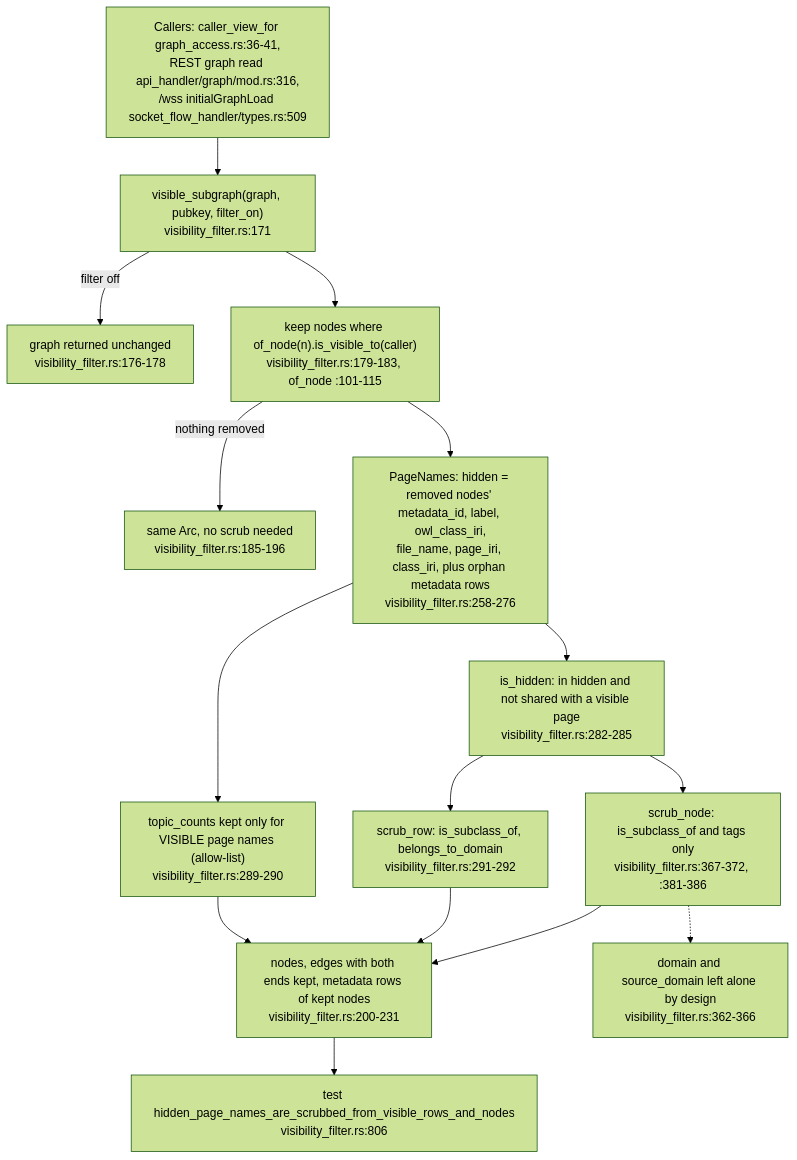
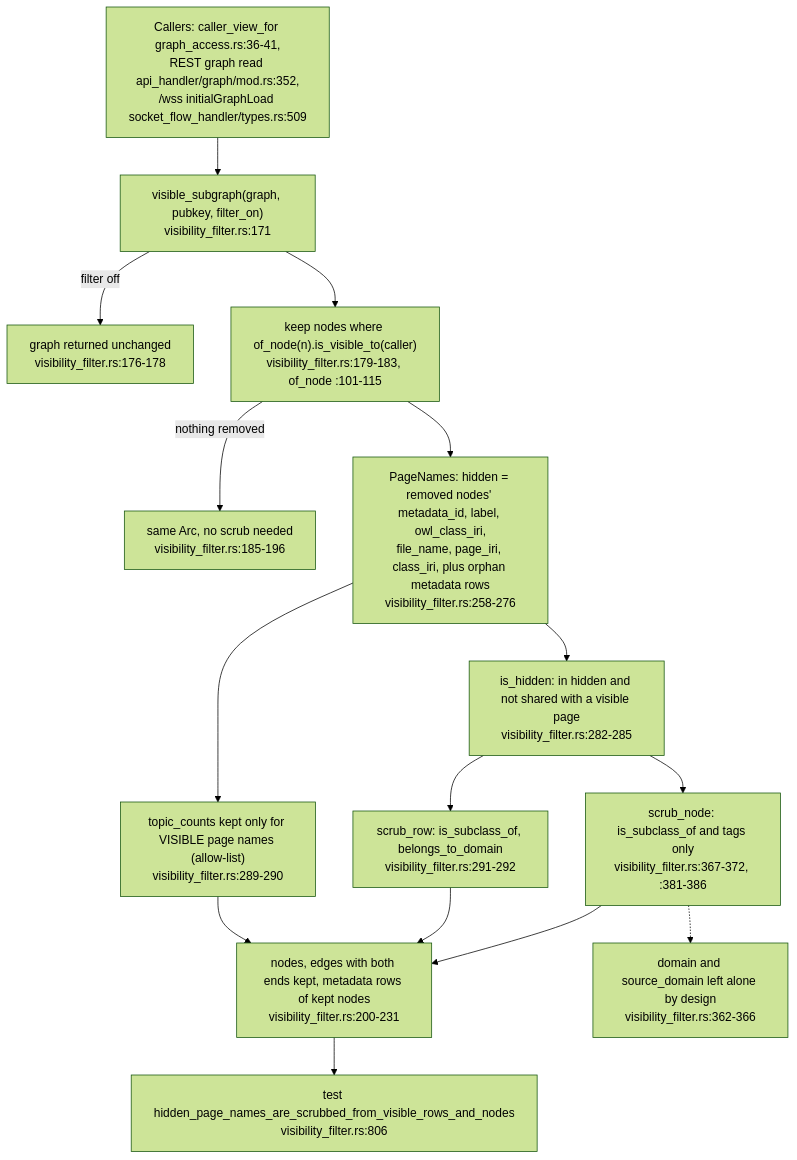
Before and after one commit to DreamLab-AI/VisionFlow: diagram 12 of 14 in docs/diagrams/visionclaw/22-data-authority-provenance-erasure.md, drawn with Mermaid (forest theme). The commit also changed other lines of this file and 81 other files, not shown here.

First line of the commit message:
docs(diagrams): roll VisionClaw topics to main 010e1109b (PR 37 and 38 merged); fix remaining prose citations

````diff
--- a/docs/diagrams/visionclaw/22-data-authority-provenance-erasure.md
+++ b/docs/diagrams/visionclaw/22-data-authority-provenance-erasure.md
@@ -499,17 +499,17 @@
 ```mermaid
 flowchart TB
-    CALL["Callers: caller_view_for graph_access.rs:36-41,<br/>REST graph read api_handler/graph/mod.rs:316,<br/>/wss initialGraphLoad socket_flow_handler/types.rs:509"] --> VS["visible_subgraph(graph, pubkey, filter_on)<br/>visibility_filter.rs:171"]
+    CALL["Callers: caller_view_for graph_access.rs:36-41,<br/>REST graph read api_handler/graph/mod.rs:352,<br/>/wss initialGraphLoad socket_flow_handler/types.rs:509"] --> VS["visible_subgraph(graph, pubkey, filter_on)<br/>visibility_filter.rs:171"]
     VS -->|filter off| SAME["graph returned unchanged<br/>visibility_filter.rs:176-178"]
     VS --> KEPT["keep nodes where of_node(n).is_visible_to(caller)<br/>visibility_filter.rs:179-183, of_node :101-115"]
     KEPT -->|"nothing removed"| SAME2["same Arc, no scrub needed<br/>visibility_filter.rs:185-196"]
     KEPT --> PN["PageNames: hidden = removed nodes' metadata_id, label, owl_class_iri,<br/>file_name, page_iri, class_iri, plus orphan metadata rows<br/>visibility_filter.rs:258-276"]
     PN --> IH["is_hidden: in hidden and not shared with a visible page<br/>visibility_filter.rs:282-285"]
     IH --> SN["scrub_node: is_subclass_of and tags only<br/>visibility_filter.rs:367-372, :381-386"]
     IH --> SR["scrub_row: is_subclass_of, belongs_to_domain<br/>visibility_filter.rs:291-292"]
     PN --> TC["topic_counts kept only for VISIBLE page names (allow-list)<br/>visibility_filter.rs:289-290"]
     SN --> OUT["nodes, edges with both ends kept, metadata rows of kept nodes<br/>visibility_filter.rs:200-231"]
     SR --> OUT
     TC --> OUT
     SN -.-> NOT["domain and source_domain left alone by design<br/>visibility_filter.rs:362-366"]
     OUT --> T["test hidden_page_names_are_scrubbed_from_visible_rows_and_nodes<br/>visibility_filter.rs:806"]
 ```
````
